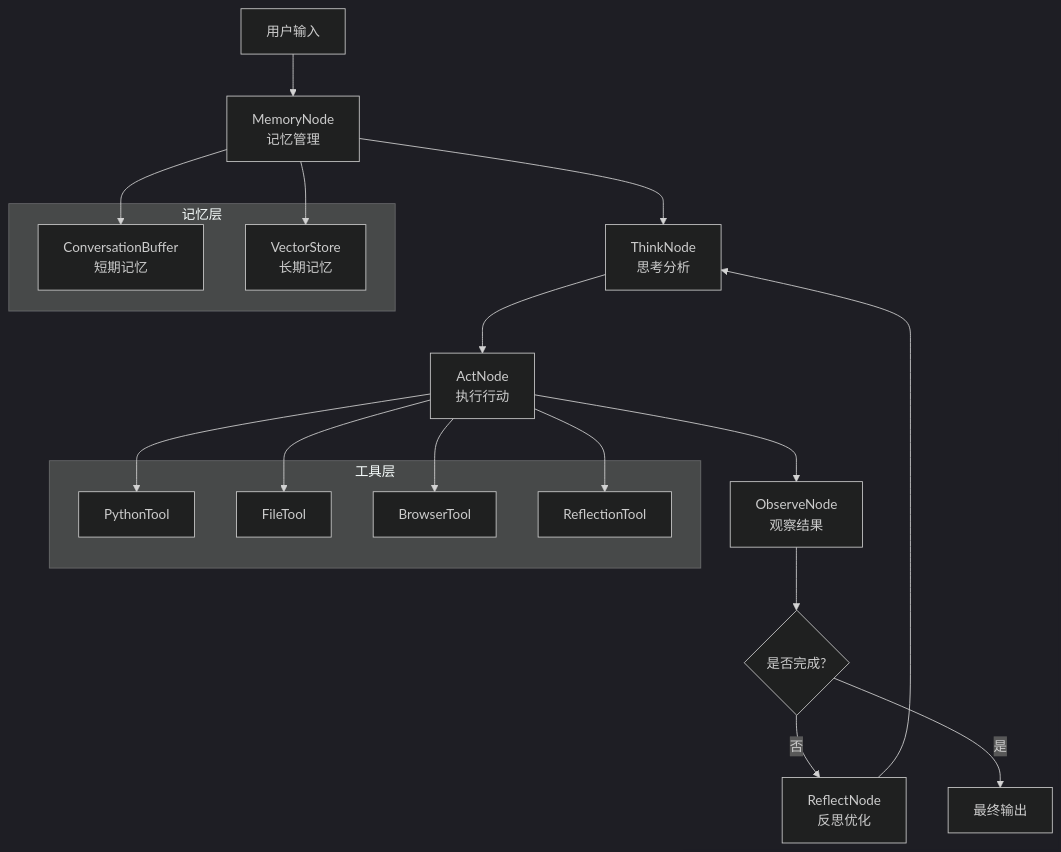
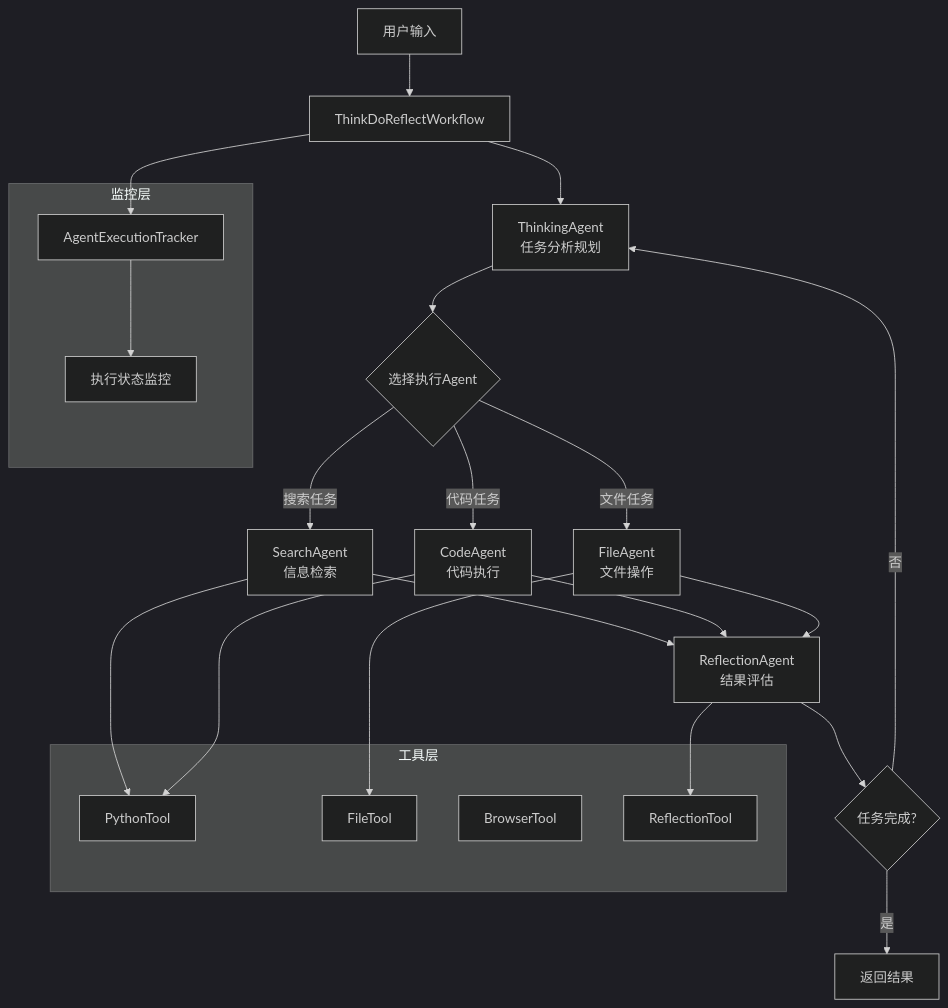
Before and after one commit to leochame/OpenManus-Java: the diagram in README.md, drawn with Mermaid (dark theme). The commit also changed other lines of this file, not shown here.

````diff
--- a/README.md
+++ b/README.md
@@ -56,30 +57,34 @@
 ```mermaid
 graph TD
-    A[用户输入] --> B[MemoryNode<br/>记忆管理]
-    B --> C[ThinkNode<br/>思考分析]
-    C --> D[ActNode<br/>执行行动]
-    D --> E[ObserveNode<br/>观察结果]
-    E --> F{是否完成?}
-    F -->|否| G[ReflectNode<br/>反思优化]
-    G --> C
-    F -->|是| H[最终输出]
+    A[用户输入] --> B[ThinkDoReflectWorkflow]
+    B --> C[ThinkingAgent<br/>任务分析规划]
+    C --> D{选择执行Agent}
+    D -->|搜索任务| E[SearchAgent<br/>信息检索]
+    D -->|代码任务| F[CodeAgent<br/>代码执行]
+    D -->|文件任务| G[FileAgent<br/>文件操作]
+    E --> H[ReflectionAgent<br/>结果评估]
+    F --> H
+    G --> H
+    H --> I{任务完成?}
+    I -->|否| C
+    I -->|是| J[返回结果]
     
     subgraph "工具层"
-        I[PythonTool]
-        J[FileTool]
-        K[BrowserTool]
-        L[ReflectionTool]
+        K[PythonTool]
+        L[FileTool]
+        M[BrowserTool]
+        N[ReflectionTool]
     end
     
-    subgraph "记忆层"
-        M[ConversationBuffer<br/>短期记忆]
-        N[VectorStore<br/>长期记忆]
+    subgraph "监控层"
+        O[AgentExecutionTracker]
+        P[执行状态监控]
     end
     
-    D --> I
-    D --> J
-    D --> K
-    D --> L
-    B --> M
-    B --> N
+    E --> K
+    F --> K
+    G --> L
+    H --> N
+    B --> O
+    O --> P
 ```
````
